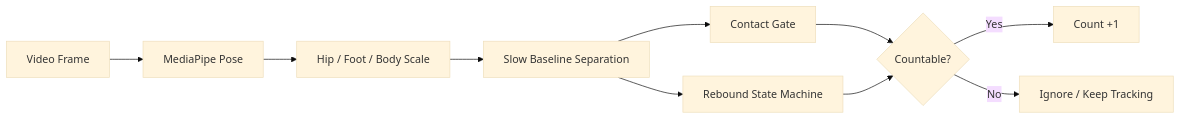
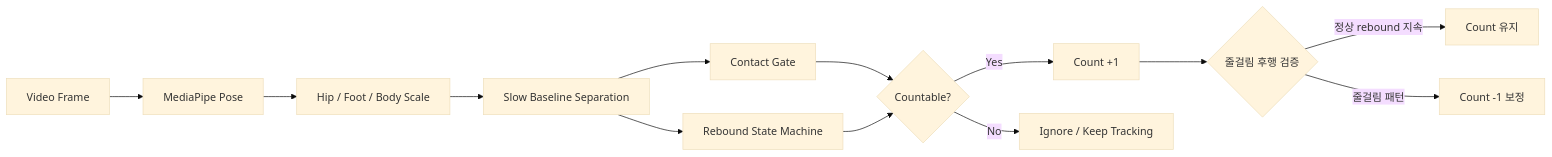
One commit to Hooneybadger/jump-rope-detector changed the first of 6 diagrams in basic_jump/README.md. Above: the diagram before and after it, drawn with Mermaid (base theme). The commit also changed other lines of this file and 10 other files, not shown here.

````diff
--- a/basic_jump/README.md
+++ b/basic_jump/README.md
@@ -16,12 +16,15 @@
 ```mermaid
 flowchart LR
     A[Video Frame] --> B[MediaPipe Pose]
     B --> C[Hip / Foot / Body Scale]
     C --> D[Slow Baseline Separation]
     D --> E[Contact Gate]
     D --> F[Rebound State Machine]
     E --> G{Countable?}
     F --> G
     G -->|Yes| H[Count +1]
-    G -->|No| I[Ignore / Keep Tracking]
+    H --> H1{줄걸림 후행 검증}
+    H1 -->|정상 rebound 지속| I[Count 유지]
+    H1 -->|줄걸림 패턴| J[Count -1 보정]
+    G -->|No| K[Ignore / Keep Tracking]
 ```
````
